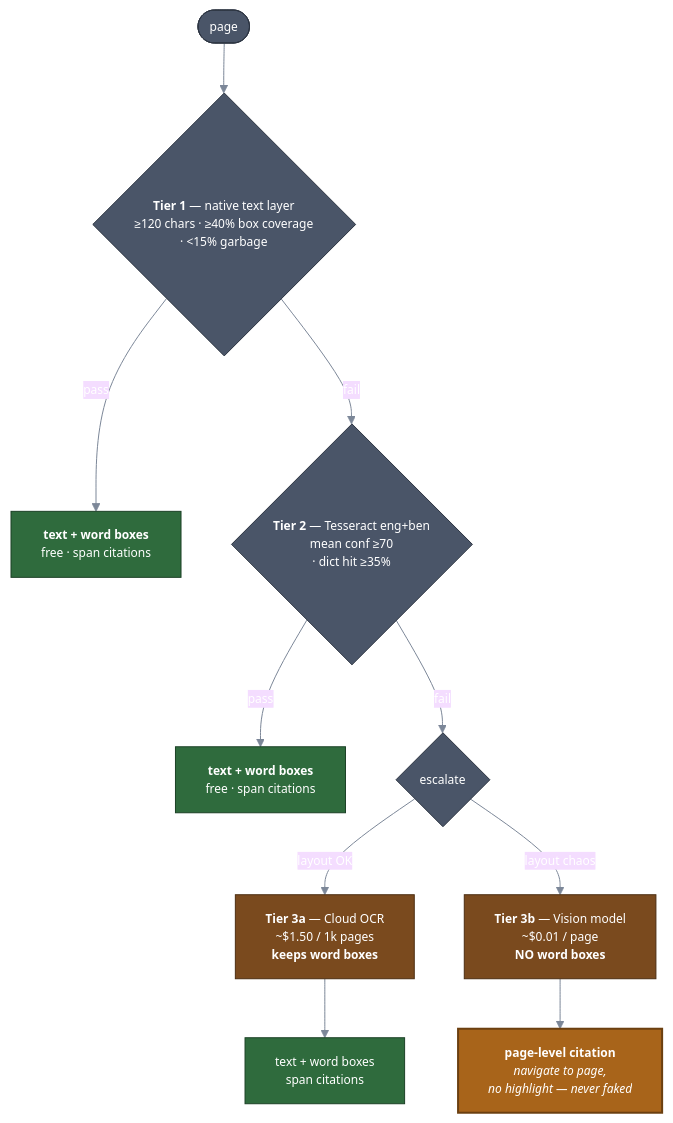
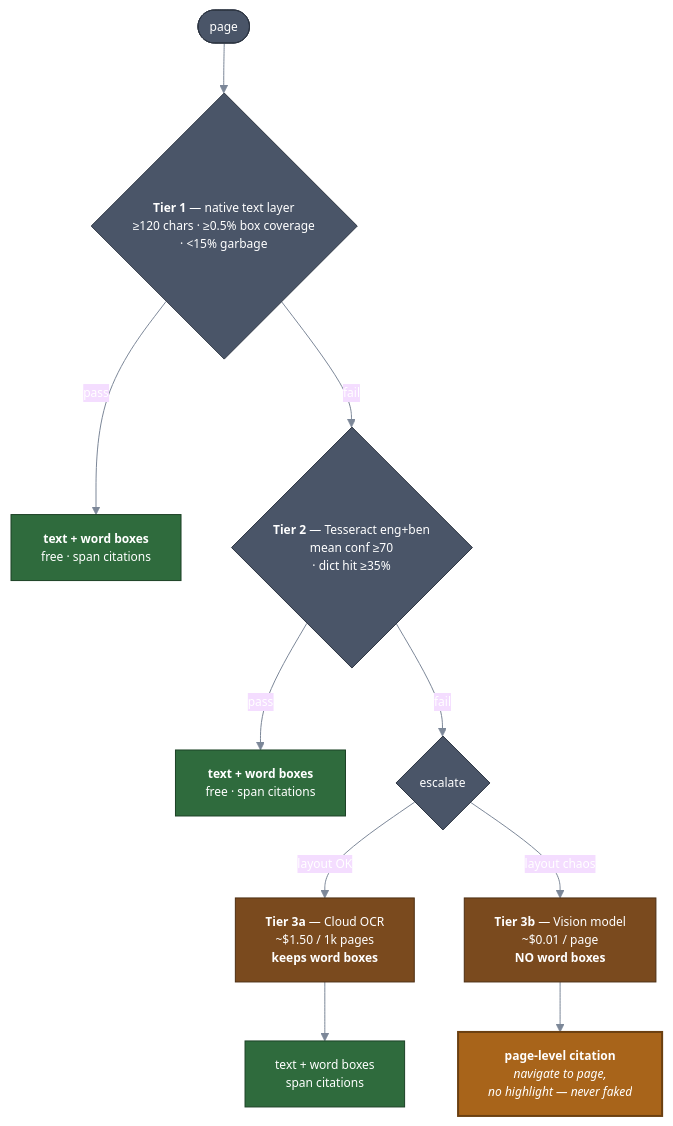
The fourth of 13 diagrams in docs/ARCHITECTURE.md (yiyi218218-crypto/DocFlow-AI), drawn with Mermaid before and after one commit. The commit also changed 4 other files, not shown here.

````diff
--- a/docs/ARCHITECTURE.md
+++ b/docs/ARCHITECTURE.md
@@ -166,23 +166,23 @@
 ```mermaid
 %%{init: {'theme':'base','themeVariables':{'fontFamily':'ui-sans-serif, system-ui, sans-serif','fontSize':'12px','lineColor':'#7C8798','primaryTextColor':'#ffffff'}}}%%
 flowchart TB
-    PAGE(["page"]) --> T1{"<b>Tier 1</b> — native text layer<br/>≥120 chars · ≥40% box coverage<br/>· &lt;15% garbage"}
+    PAGE(["page"]) --> T1{"<b>Tier 1</b> — native text layer<br/>≥120 chars · ≥0.5% box coverage<br/>· &lt;15% garbage"}
     T1 -- pass --> OKA["<b>text + word boxes</b><br/>free · span citations"]
     T1 -- fail --> T2{"<b>Tier 2</b> — Tesseract eng+ben<br/>mean conf ≥70<br/>· dict hit ≥35%"}
     T2 -- pass --> OKB["<b>text + word boxes</b><br/>free · span citations"]
     T2 -- fail --> ESC{"escalate"}
     ESC -- "layout OK" --> T3A["<b>Tier 3a</b> — Cloud OCR<br/>~$1.50 / 1k pages<br/><b>keeps word boxes</b>"]
     ESC -- "layout chaos" --> T3B["<b>Tier 3b</b> — Vision model<br/>~$0.01 / page<br/><b>NO word boxes</b>"]
     T3A --> OKC["text + word boxes<br/>span citations"]
     T3B --> DEG["<b>page-level citation</b><br/><i>navigate to page,<br/>no highlight — never faked</i>"]
 
     classDef gate fill:#4A5568,stroke:#2D3542,color:#fff,stroke-width:1px
     classDef good fill:#2F6B3D,stroke:#1C4126,color:#fff,stroke-width:1px
     classDef paid fill:#7A4A1E,stroke:#4C2E12,color:#fff,stroke-width:1px
     classDef warn fill:#A8641A,stroke:#6B3F10,color:#fff,stroke-width:2px
 
     class T1,T2,ESC,PAGE gate
     class OKA,OKB,OKC good
     class T3A,T3B paid
     class DEG warn
 ```
````
